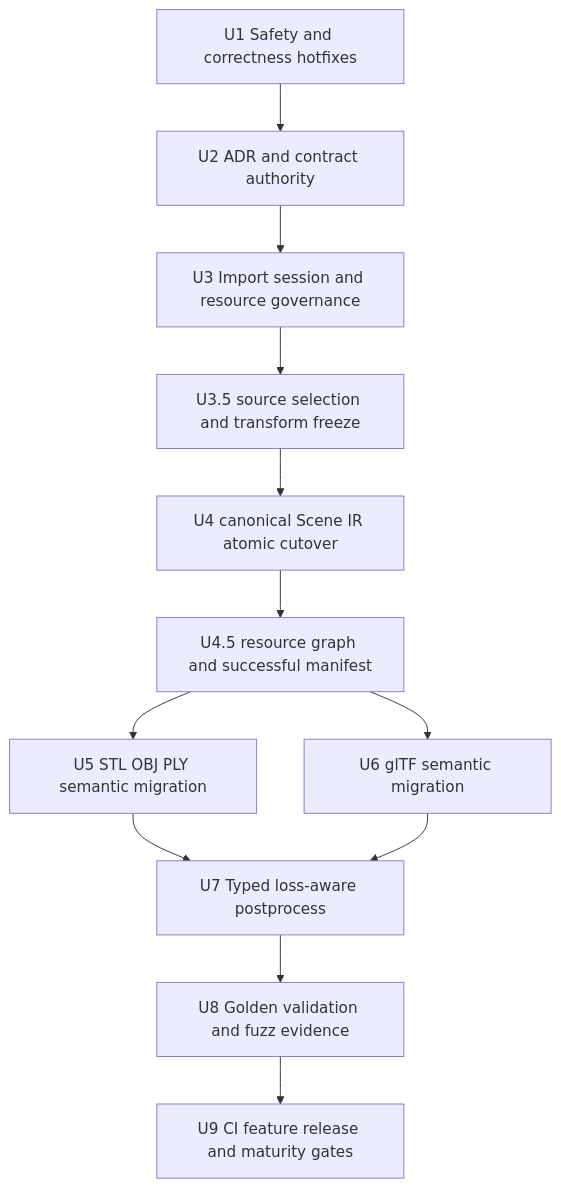
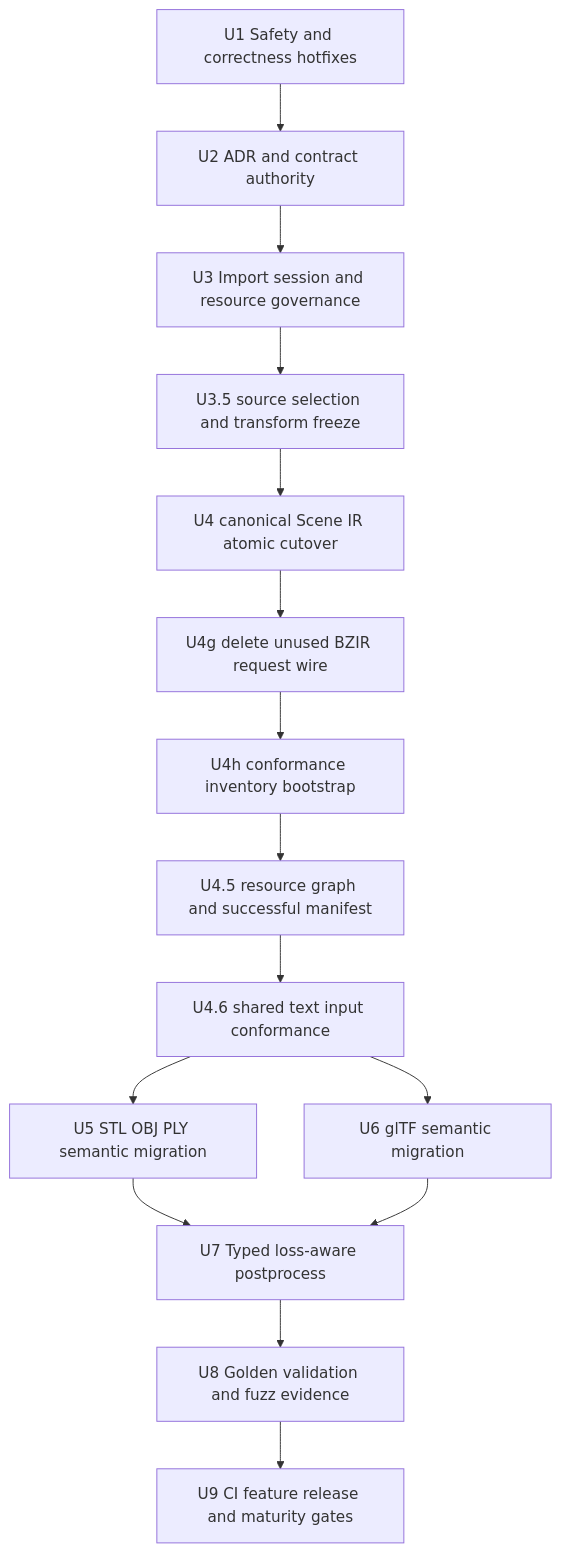
One commit to Latias94/baozi changed the third of 3 diagrams in docs/plans/2026-07-10-001-refactor-baozi-canonical-architecture-plan.md. Above: the diagram before and after it, drawn with Mermaid. The commit also changed other lines of this file, not shown here.

Commit message:
docs(plan): sequence post-cutover conformance work

````diff
--- a/docs/plans/2026-07-10-001-refactor-baozi-canonical-architecture-plan.md
+++ b/docs/plans/2026-07-10-001-refactor-baozi-canonical-architecture-plan.md
@@ -284,14 +284,17 @@
 ```mermaid
 flowchart TB
   U1[U1 Safety and correctness hotfixes] --> U2[U2 ADR and contract authority]
   U2 --> U3[U3 Import session and resource governance]
   U3 --> U35[U3.5 source selection and transform freeze]
   U35 --> U4[U4 canonical Scene IR atomic cutover]
-  U4 --> U45[U4.5 resource graph and successful manifest]
-  U45 --> U5[U5 STL OBJ PLY semantic migration]
-  U45 --> U6[U6 glTF semantic migration]
+  U4 --> U4G[U4g delete unused BZIR request wire]
+  U4G --> U4H[U4h conformance inventory bootstrap]
+  U4H --> U45[U4.5 resource graph and successful manifest]
+  U45 --> U46[U4.6 shared text input conformance]
+  U46 --> U5[U5 STL OBJ PLY semantic migration]
+  U46 --> U6[U6 glTF semantic migration]
   U5 --> U7[U7 Typed loss-aware postprocess]
   U6 --> U7
   U7 --> U8[U8 Golden validation and fuzz evidence]
   U8 --> U9[U9 CI feature release and maturity gates]
 ```
````
